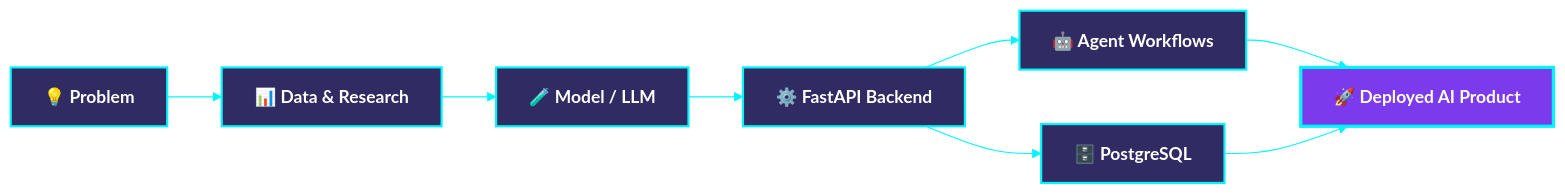
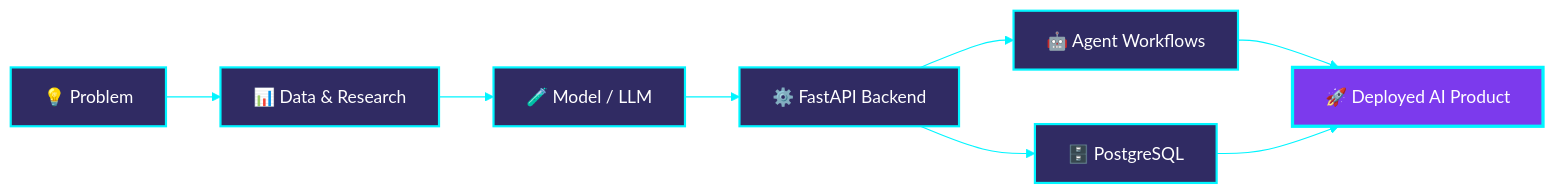
One commit to MirSiam10/MirSiam10 changed the diagram in README.md. Above: the diagram before and after it, drawn with Mermaid. The commit also changed other lines of this file, not shown here.

````diff
--- a/README.md
+++ b/README.md
@@ -150,15 +148,15 @@
 ```mermaid
-%%{init: {'theme':'base','themeVariables':{'fontFamily':'monospace','fontSize':'16px','primaryColor':'#302b63','primaryTextColor':'#ffffff','primaryBorderColor':'#00f5ff','lineColor':'#00f5ff'}}}%%
+%%{init: {'theme':'base','themeVariables':{'primaryColor':'#302b63','primaryTextColor':'#ffffff','primaryBorderColor':'#00f5ff','lineColor':'#00f5ff'}}}%%
 flowchart LR
     A[💡 Problem] --> B[📊 Data & Research]
     B --> C[🧪 Model / LLM]
     C --> D[⚙️ FastAPI Backend]
     D --> E[🗄️ PostgreSQL]
     D --> F[🤖 Agent Workflows]
     F --> G[🚀 Deployed AI Product]
     E --> G
-    classDef core fill:#302b63,stroke:#00f5ff,stroke-width:2px,color:#fff,font-weight:bold;
-    classDef ship fill:#7c3aed,stroke:#00f5ff,stroke-width:3px,color:#fff,font-weight:bold;
+    classDef core fill:#302b63,stroke:#00f5ff,stroke-width:2px,color:#fff;
+    classDef ship fill:#7c3aed,stroke:#00f5ff,stroke-width:3px,color:#fff;
     class A,B,C,D,E,F core;
     class G ship;
 ```
````
